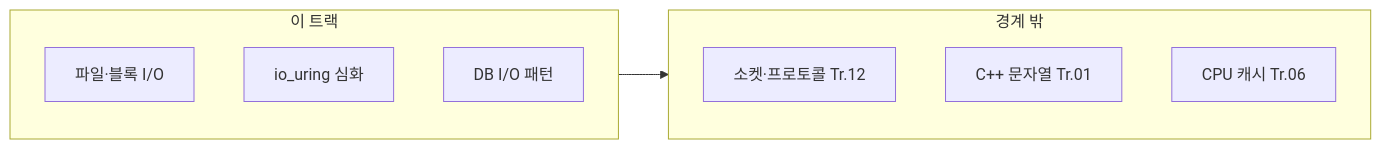
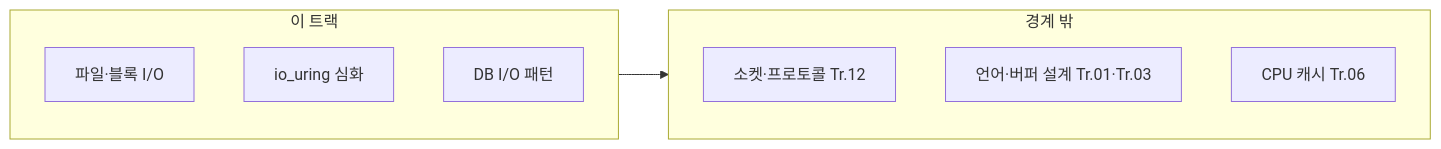
The diagram in content/collection/optimization-11-io-network/00-introduction/index.md (42jerrykim/42jerrykim.github.io), drawn with Mermaid before and after one commit. The commit also changed other lines of this file and 12 other files, not shown here.

````diff
--- a/content/collection/optimization-11-io-network/00-introduction/index.md
+++ b/content/collection/optimization-11-io-network/00-introduction/index.md
@@ -164,14 +164,14 @@
 ```mermaid
 flowchart LR
   subgraph inScope [이 트랙]
     A["파일·블록 I/O"]
     B["io_uring 심화"]
     C["DB I/O 패턴"]
   end
   subgraph outScope [경계 밖]
     D["소켓·프로토콜 Tr.12"]
-    E["C++ 문자열 Tr.01"]
+    E["언어·버퍼 설계 Tr.01·Tr.03"]
     F["CPU 캐시 Tr.06"]
   end
   inScope --> outScope
 ```
````
